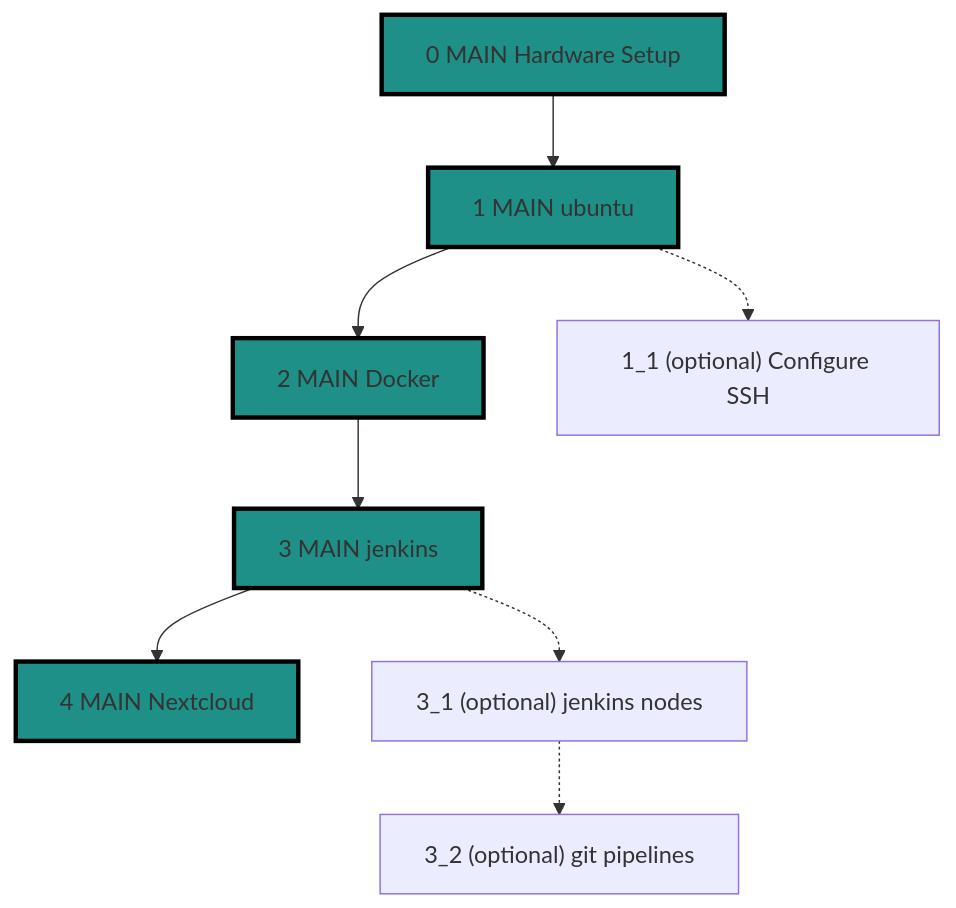
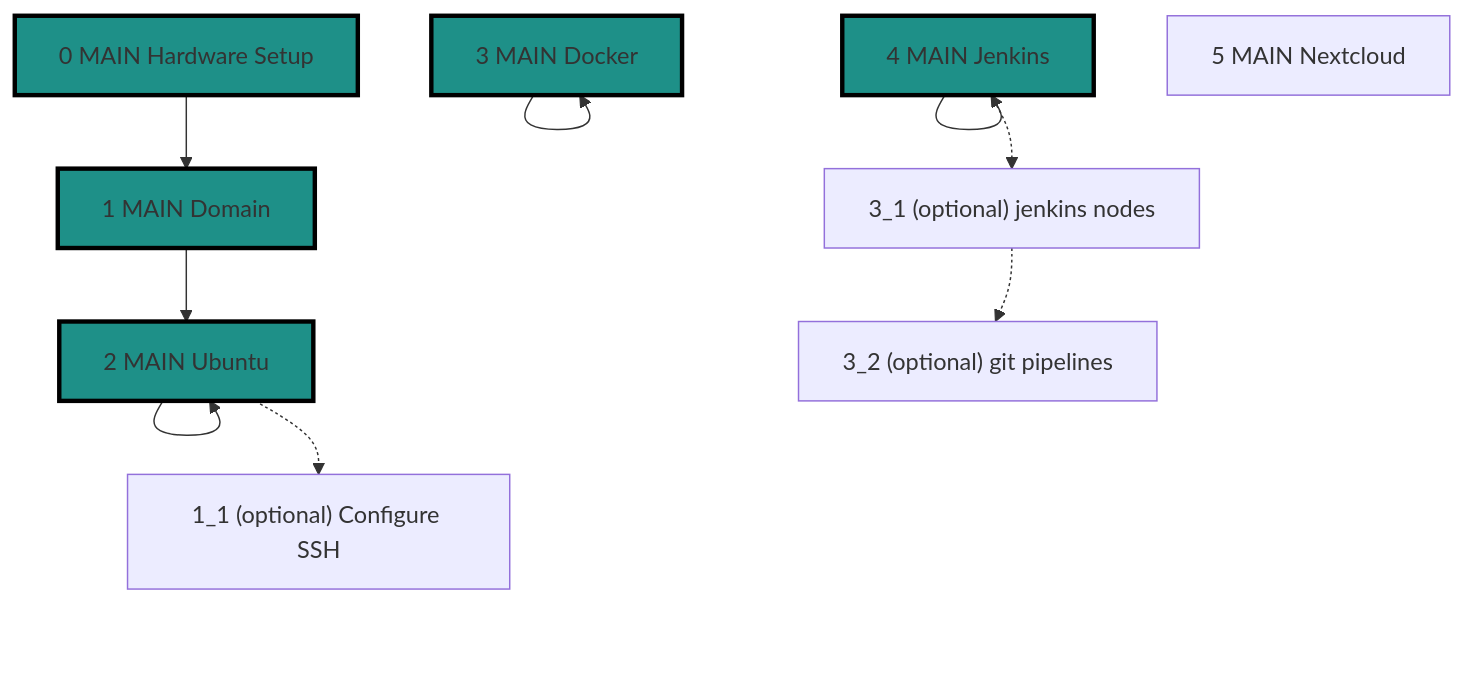
Before and after one commit to slreynolds/decentralize-your-internet: the diagram in README.md, drawn with Mermaid. The commit also changed other lines of this file and 5 other files, not shown here.

````diff
--- a/README.md
+++ b/README.md
@@ -2,17 +2,18 @@
 ```mermaid
 flowchart TD
     0["0 MAIN Hardware Setup"] --> 1
-    1["1 MAIN ubuntu"] --> 2
-    2["2 MAIN Docker"] --> 3
-    3["3 MAIN jenkins"] --> 4
-    4["4 MAIN Nextcloud"]
-    1 -.-> 1_1["1_1 (optional) Configure SSH"]
-    3 -.-> 3_1["3_1 (optional) jenkins nodes"]
-    3_1 -.-> 3_2["3_2 (optional) git pipelines"]
+    1["1 MAIN Domain"] --> 2
+    2["2 MAIN Ubuntu"] --> 2
+    3["3 MAIN Docker"] --> 3
+    4["4 MAIN Jenkins"] --> 4
+    5["5 MAIN Nextcloud"]
+    2 -.-> 2_1["1_1 (optional) Configure SSH"]
+    4 -.-> 4_1["3_1 (optional) jenkins nodes"]
+    4_1 -.-> 4_2["3_2 (optional) git pipelines"]
     
     style 0 fill:#1E9088,stroke:#000,stroke-width:3px
     style 1 fill:#1E9088,stroke:#000,stroke-width:3px
     style 2 fill:#1E9088,stroke:#000,stroke-width:3px
     style 3 fill:#1E9088,stroke:#000,stroke-width:3px
     style 4 fill:#1E9088,stroke:#000,stroke-width:3px
 ```
````
